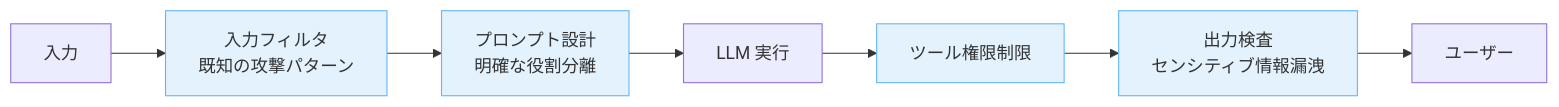
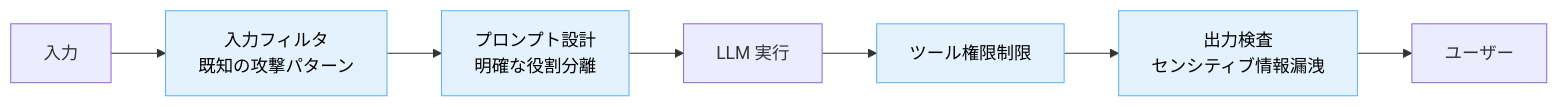
One commit to dinekt/dinekt-wiki changed the second of 2 diagrams in docs/concepts/プロンプトインジェクション-llm-アプリの最重要セキュリティ論点.md. Above: the diagram before and after it, drawn with Mermaid. The commit also changed other lines of this file and 71 other files, not shown here.

First line of the commit message:
fix: mermaid readability + remove GitHub repo toolbar

````diff
--- a/docs/concepts/プロンプトインジェクション-llm-アプリの最重要セキュリティ論点.md
+++ b/docs/concepts/プロンプトインジェクション-llm-アプリの最重要セキュリティ論点.md
@@ -61,14 +61,14 @@
 ```mermaid
 flowchart LR
     I[入力] --> F[入力フィルタ<br/>既知の攻撃パターン]
     F --> S[プロンプト設計<br/>明確な役割分離]
     S --> L[LLM 実行]
     L --> T[ツール権限制限]
     T --> O[出力検査<br/>センシティブ情報漏洩]
     O --> U[ユーザー]
 
-    style F fill:#e3f2fd,stroke:#64b5f6
-    style S fill:#e3f2fd,stroke:#64b5f6
-    style T fill:#e3f2fd,stroke:#64b5f6
-    style O fill:#e3f2fd,stroke:#64b5f6
+    style F fill:#e3f2fd,stroke:#64b5f6,color:#000
+    style S fill:#e3f2fd,stroke:#64b5f6,color:#000
+    style T fill:#e3f2fd,stroke:#64b5f6,color:#000
+    style O fill:#e3f2fd,stroke:#64b5f6,color:#000
 ```
````
